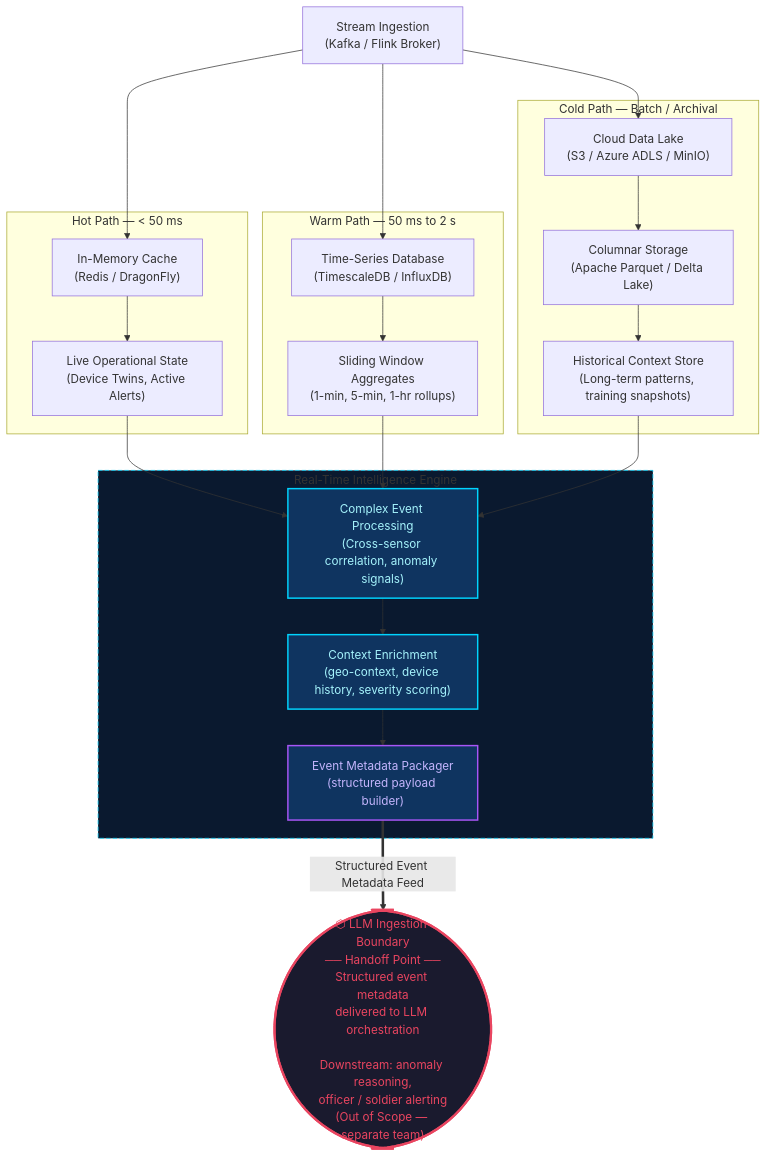
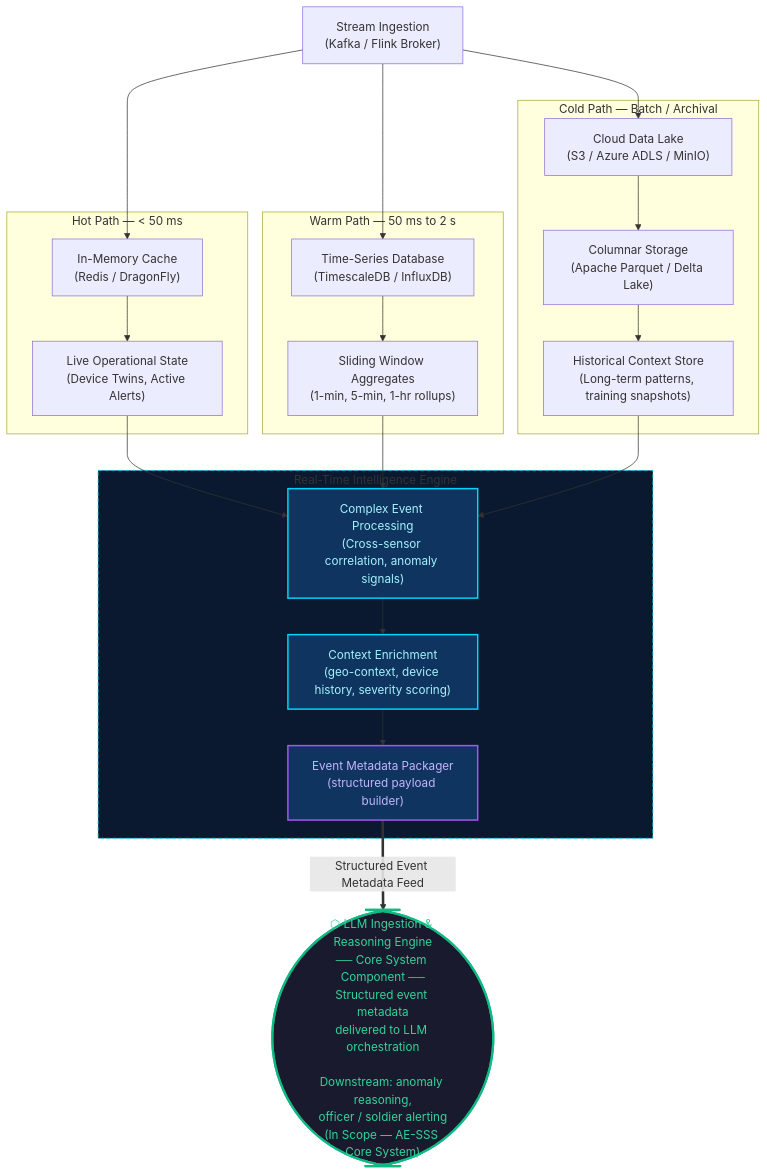
Before and after one commit to chamika-u/mini-ideathon-smart-ecosystem: the second of 2 diagrams in docs/iot-pipeline-architecture.md, drawn with Mermaid. The commit also changed other lines of this file, not shown here.

Commit message:
docs: add comprehensive architectural design document for end-to-end IoT pipeline

````diff
--- a/docs/iot-pipeline-architecture.md
+++ b/docs/iot-pipeline-architecture.md
@@ -215,45 +215,45 @@
 ```mermaid
 graph TD
     STREAM["Stream Ingestion\n(Kafka / Flink Broker)"]
 
     subgraph HOT["Hot Path — < 50 ms"]
         REDIS["In-Memory Cache\n(Redis / DragonFly)"]
         LIVE["Live Operational State\n(Device Twins, Active Alerts)"]
     end
 
     subgraph WARM["Warm Path — 50 ms to 2 s"]
         TSDB["Time-Series Database\n(TimescaleDB / InfluxDB)"]
         WINDOW["Sliding Window Aggregates\n(1-min, 5-min, 1-hr rollups)"]
     end
 
     subgraph COLD["Cold Path — Batch / Archival"]
         LAKE["Cloud Data Lake\n(S3 / Azure ADLS / MinIO)"]
         FORMAT["Columnar Storage\n(Apache Parquet / Delta Lake)"]
         HIST["Historical Context Store\n(Long-term patterns, training snapshots)"]
     end
 
     subgraph RTAI["Real-Time Intelligence Engine"]
         CEP["Complex Event Processing\n(Cross-sensor correlation, anomaly signals)"]
         ENRICH["Context Enrichment\n(geo-context, device history, severity scoring)"]
         PACK["Event Metadata Packager\n(structured payload builder)"]
     end
 
-    LLM_FEED(["⬡ LLM Ingestion Boundary\n── Handoff Point ──\nStructured event metadata\ndelivered to LLM orchestration\n\nDownstream: anomaly reasoning,\nofficer / soldier alerting\n(Out of Scope — separate team)"])
+    LLM_FEED(["⬡ LLM Ingestion & Reasoning Engine\n── Core System Component ──\nStructured event metadata\ndelivered to LLM orchestration\n\nDownstream: anomaly reasoning,\nofficer / soldier alerting\n(In Scope — AE-SSS Core System)"])
 
     STREAM --> REDIS
     STREAM --> TSDB
     STREAM --> LAKE
 
     REDIS --> LIVE --> CEP
     TSDB --> WINDOW --> CEP
     LAKE --> FORMAT --> HIST --> CEP
 
     CEP --> ENRICH --> PACK
     PACK ==>|"Structured Event Metadata Feed"| LLM_FEED
 
-    style LLM_FEED fill:#1a1a2e,stroke:#e94560,stroke-width:3px,color:#e94560
+    style LLM_FEED fill:#1a1a2e,stroke:#10b981,stroke-width:3px,color:#34d399
     style PACK fill:#0f3460,stroke:#a855f7,stroke-width:2px,color:#c4b5fd
     style CEP fill:#0f3460,stroke:#00d4ff,stroke-width:2px,color:#a5f3fc
     style ENRICH fill:#0f3460,stroke:#00d4ff,stroke-width:2px,color:#a5f3fc
     style RTAI fill:#0a192f,stroke:#00d4ff,stroke-dasharray: 6 3
 ```
````
